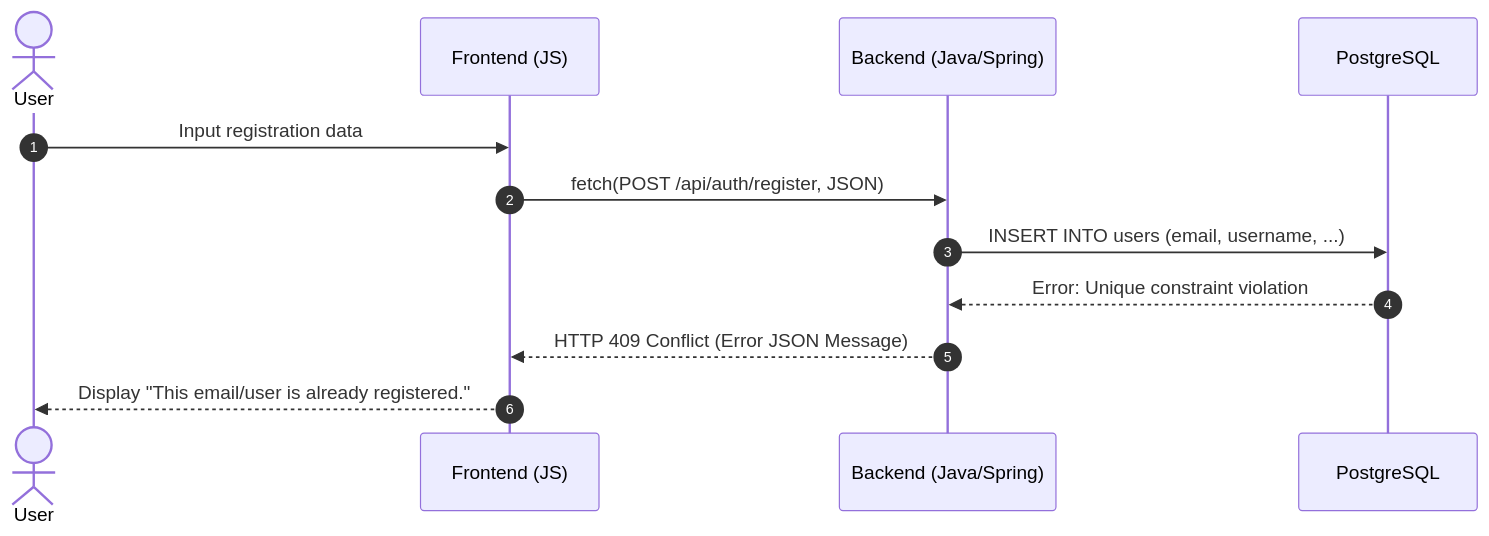
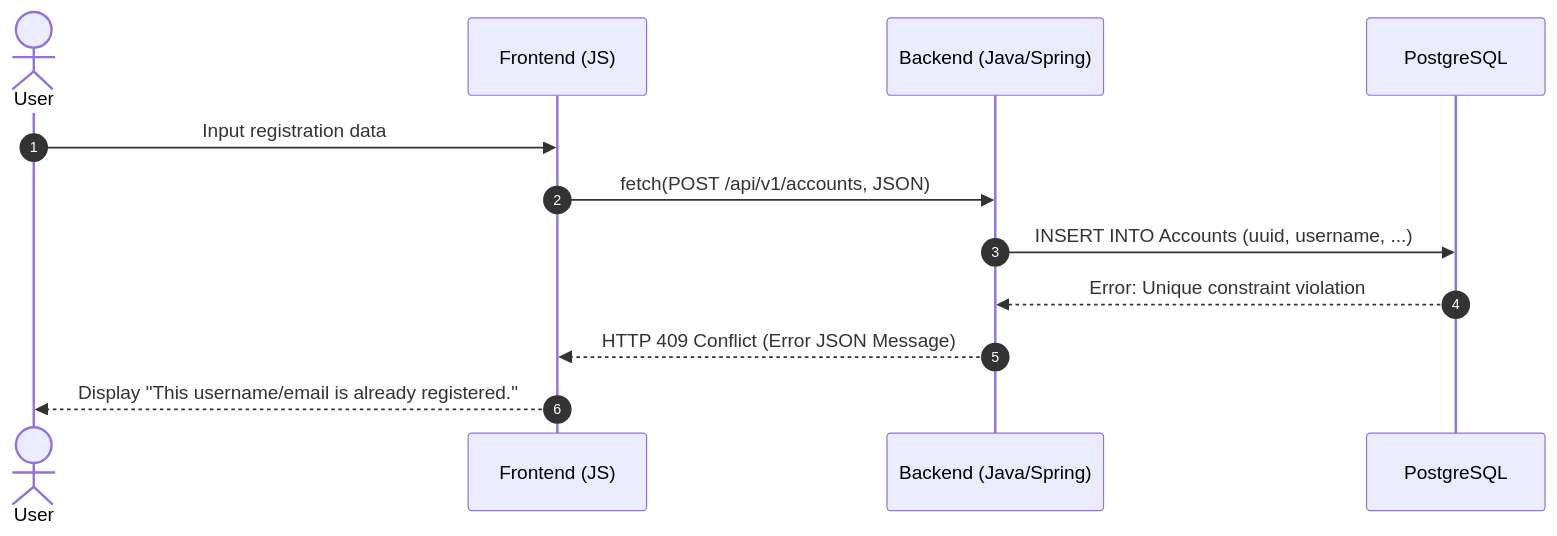
The fourth of 4 diagrams in README.md (Luis-HF/football-tactical-simulator), drawn with Mermaid before and after one commit. The commit also changed other lines of this file, not shown here.

````diff
--- a/README.md
+++ b/README.md
@@ -76,16 +72,16 @@
 ```mermaid
 
 sequenceDiagram
     autonumber
     actor User
     participant Front as Frontend (JS)
     participant Back as Backend (Java/Spring)
     participant DB as PostgreSQL
 
     User->>Front: Input registration data
-    Front->>Back: fetch(POST /api/auth/register, JSON)
-    Back->>DB: INSERT INTO users (email, username, ...)
+    Front->>Back: fetch(POST /api/v1/accounts, JSON)
+    Back->>DB: INSERT INTO Accounts (uuid, username, ...)
     DB-->>Back: Error: Unique constraint violation
     Back-->>Front: HTTP 409 Conflict (Error JSON Message)
-    Front-->>User: Display "This email/user is already registered."
+    Front-->>User: Display "This username/email is already registered."
 ```
````
